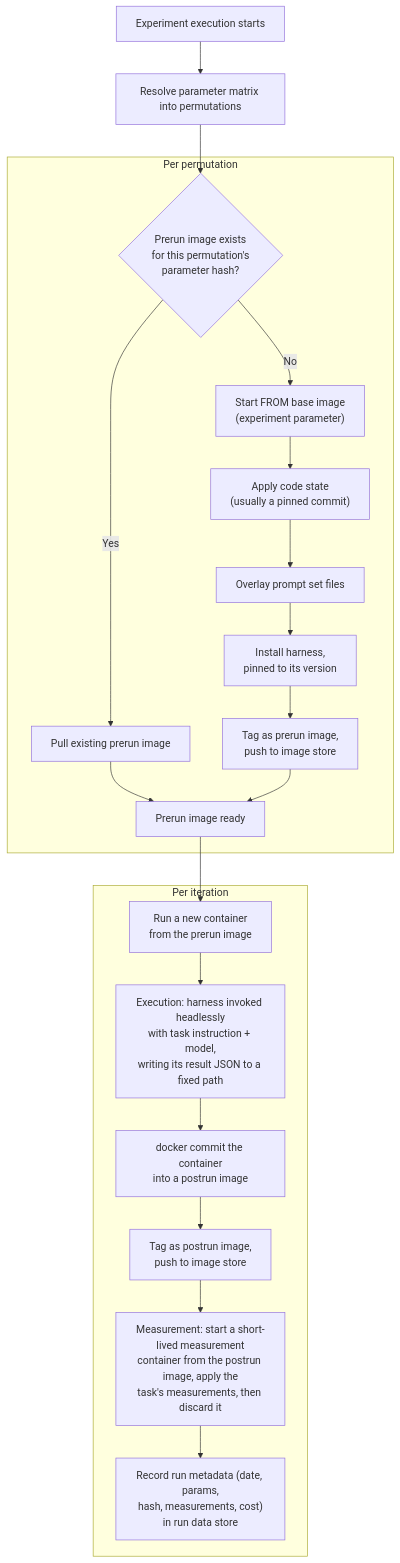
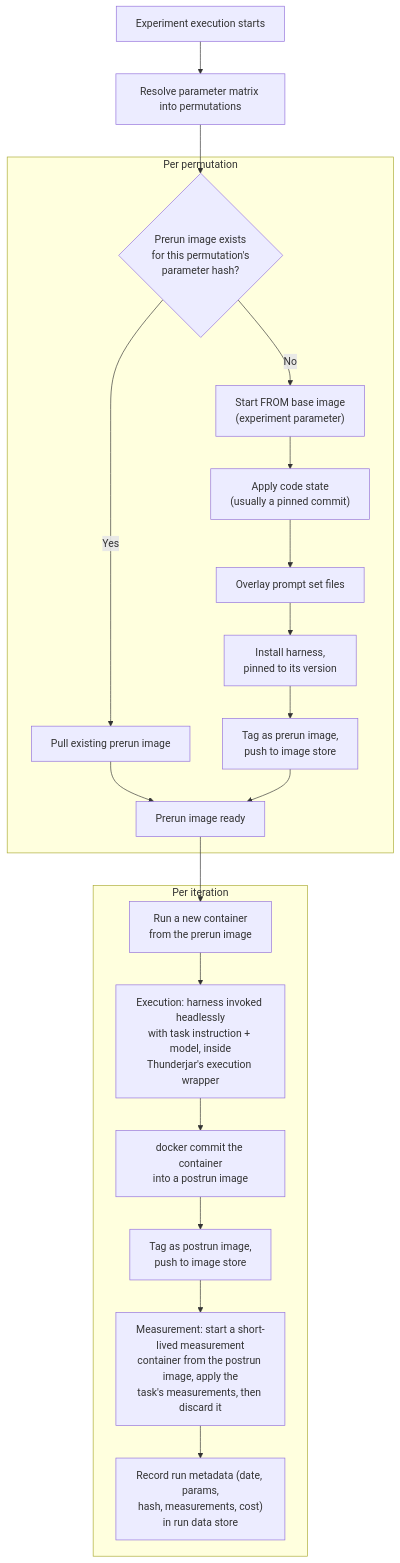
One commit to dwjohnston/thunderjar changed the diagram in 080-docker-execution.md. Above: the diagram before and after it, drawn with Mermaid. The commit also changed other lines of this file and 4 other files, not shown here.

First line of the commit message:
Record execution timing and exit code from inside the container

````diff
--- a/080-docker-execution.md
+++ b/080-docker-execution.md
@@ -11,28 +11,28 @@
 ```mermaid
 flowchart TD
     A["Experiment execution starts"] --> B["Resolve parameter matrix into permutations"]
     B --> C
 
     subgraph PERM["Per permutation"]
         C{"Prerun image exists<br/>for this permutation's<br/>parameter hash?"}
         C -- Yes --> D["Pull existing prerun image"]
         C -- No --> E["Start FROM base image<br/>(experiment parameter)"]
         E --> F["Apply code state<br/>(usually a pinned commit)"]
         F --> G["Overlay prompt set files"]
         G --> H["Install harness,<br/>pinned to its version"]
         H --> I["Tag as prerun image,<br/>push to image store"]
         D --> J["Prerun image ready"]
         I --> J
     end
 
     subgraph ITER["Per iteration"]
         K["Run a new container<br/>from the prerun image"]
-        K --> L["Execution: harness invoked headlessly<br/>with task instruction + model,<br/>writing its result JSON to a fixed path"]
+        K --> L["Execution: harness invoked headlessly<br/>with task instruction + model, inside<br/>Thunderjar's execution wrapper"]
         L --> M["docker commit the container<br/>into a postrun image"]
         M --> N["Tag as postrun image,<br/>push to image store"]
         N --> O["Measurement: start a short-lived measurement<br/>container from the postrun image, apply the<br/>task's measurements, then discard it"]
         O --> P["Record run metadata (date, params,<br/>hash, measurements, cost)<br/>in run data store"]
     end
 
     J --> K
 ```
````
